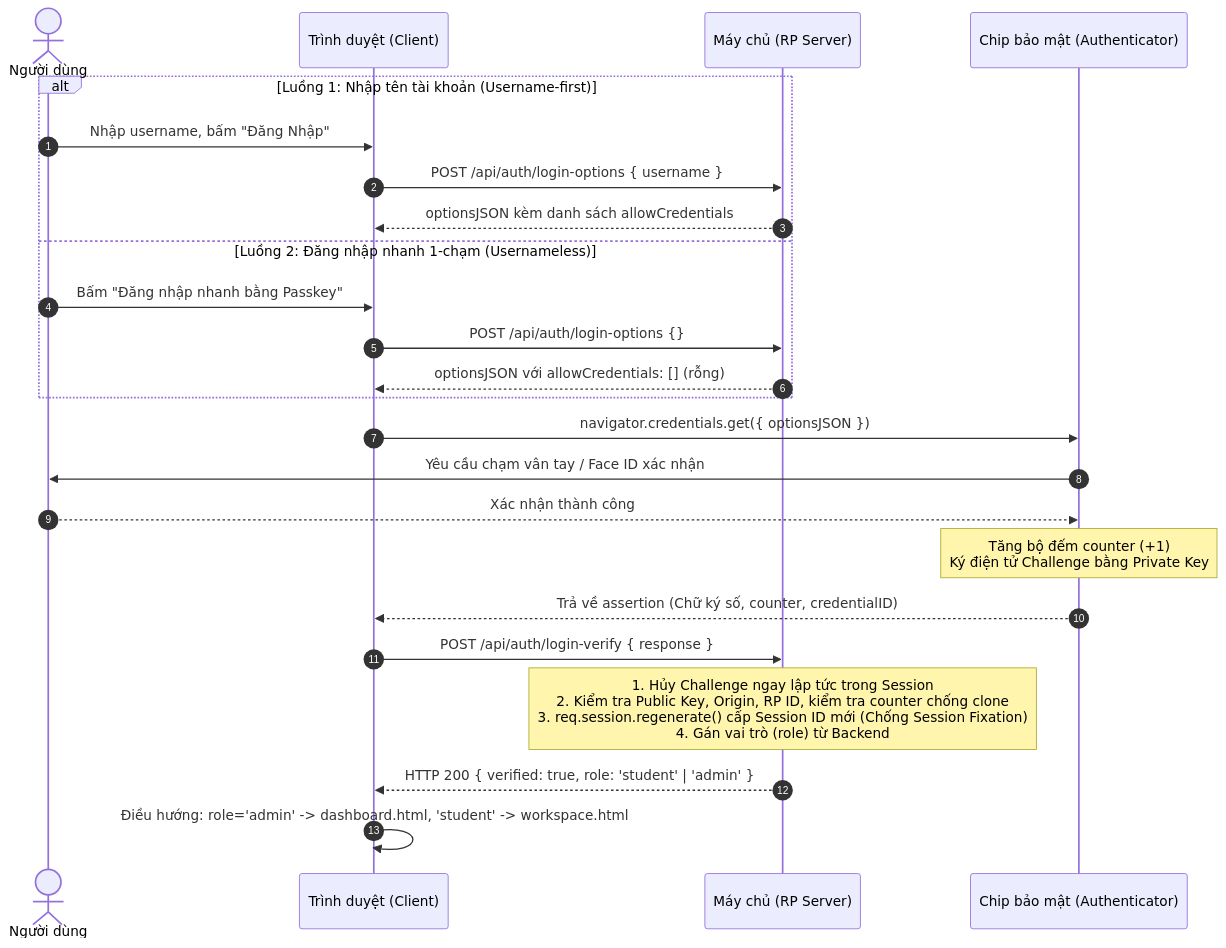
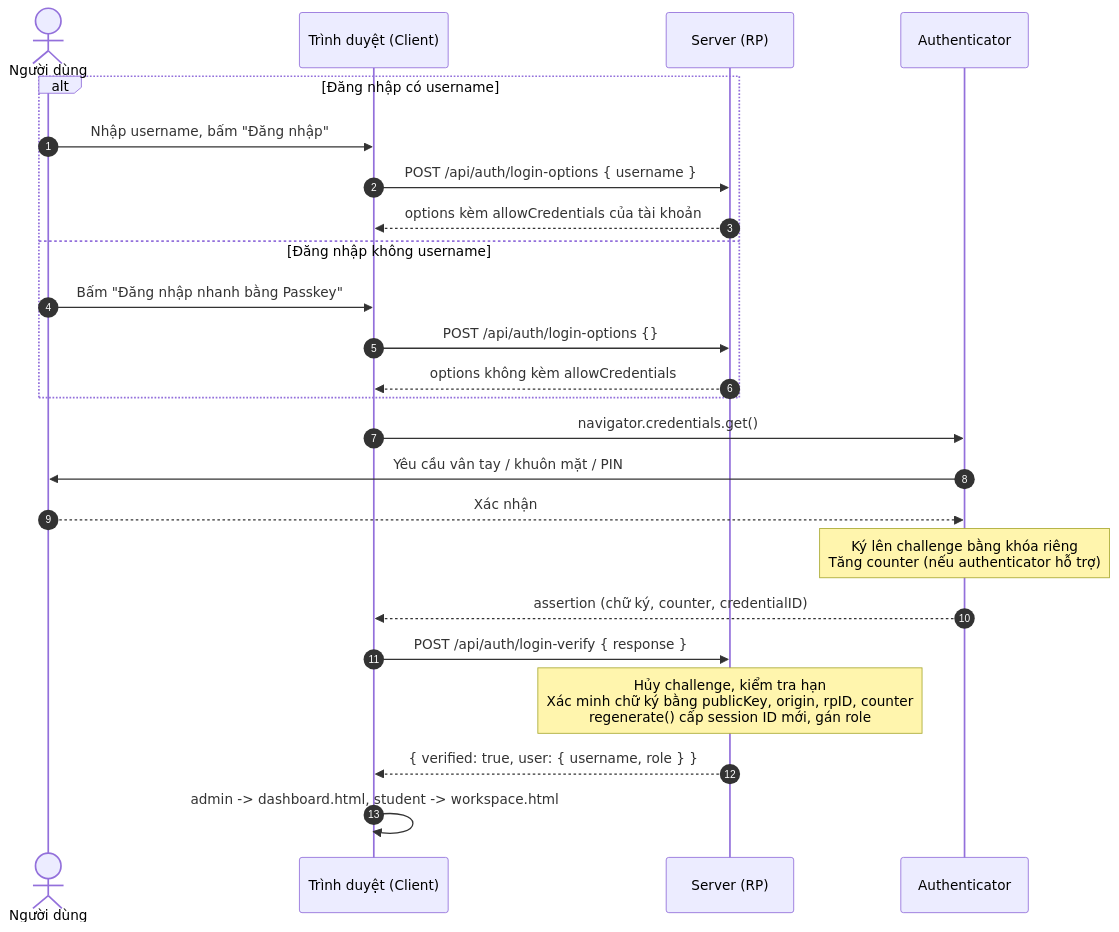
Before and after one commit to nguyenquockiet2462005/fido2: the second of 3 diagrams in README.md, drawn with Mermaid. The commit also changed other lines of this file, not shown here.

````diff
--- a/README.md
+++ b/README.md
@@ -126,28 +121,27 @@
 ```mermaid
 sequenceDiagram
     autonumber
     actor U as Người dùng
     participant C as Trình duyệt (Client)
-    participant S as Máy chủ (RP Server)
-    participant A as Chip bảo mật (Authenticator)
+    participant S as Server (RP)
+    participant A as Authenticator
 
-    alt Luồng 1: Nhập tên tài khoản (Username-first)
-        U->>C: Nhập username, bấm "Đăng Nhập"
+    alt Đăng nhập có username
+        U->>C: Nhập username, bấm "Đăng nhập"
         C->>S: POST /api/auth/login-options { username }
-        S-->>C: optionsJSON kèm danh sách allowCredentials
-    else Luồng 2: Đăng nhập nhanh 1-chạm (Usernameless)
+        S-->>C: options kèm allowCredentials của tài khoản
+    else Đăng nhập không username
         U->>C: Bấm "Đăng nhập nhanh bằng Passkey"
         C->>S: POST /api/auth/login-options {}
-        S-->>C: optionsJSON với allowCredentials: [] (rỗng)
+        S-->>C: options không kèm allowCredentials
     end
-
-    C->>A: navigator.credentials.get({ optionsJSON })
-    A->>U: Yêu cầu chạm vân tay / Face ID xác nhận
-    U-->>A: Xác nhận thành công
-    Note over A: Tăng bộ đếm counter (+1)<br/>Ký điện tử Challenge bằng Private Key
-    A-->>C: Trả về assertion (Chữ ký số, counter, credentialID)
+    C->>A: navigator.credentials.get()
+    A->>U: Yêu cầu vân tay / khuôn mặt / PIN
+    U-->>A: Xác nhận
+    Note over A: Ký lên challenge bằng khóa riêng<br/>Tăng counter (nếu authenticator hỗ trợ)
+    A-->>C: assertion (chữ ký, counter, credentialID)
     C->>S: POST /api/auth/login-verify { response }
-    Note over S: 1. Hủy Challenge ngay lập tức trong Session<br/>2. Kiểm tra Public Key, Origin, RP ID, kiểm tra counter chống clone<br/>3. req.session.regenerate() cấp Session ID mới (Chống Session Fixation)<br/>4. Gán vai trò (role) từ Backend
-    S-->>C: HTTP 200 { verified: true, role: 'student' | 'admin' }
-    C->>C: Điều hướng: role='admin' -> dashboard.html, 'student' -> workspace.html
+    Note over S: Hủy challenge, kiểm tra hạn<br/>Xác minh chữ ký bằng publicKey, origin, rpID, counter<br/>regenerate() cấp session ID mới, gán role
+    S-->>C: { verified: true, user: { username, role } }
+    C->>C: admin -> dashboard.html, student -> workspace.html
 ```
````
